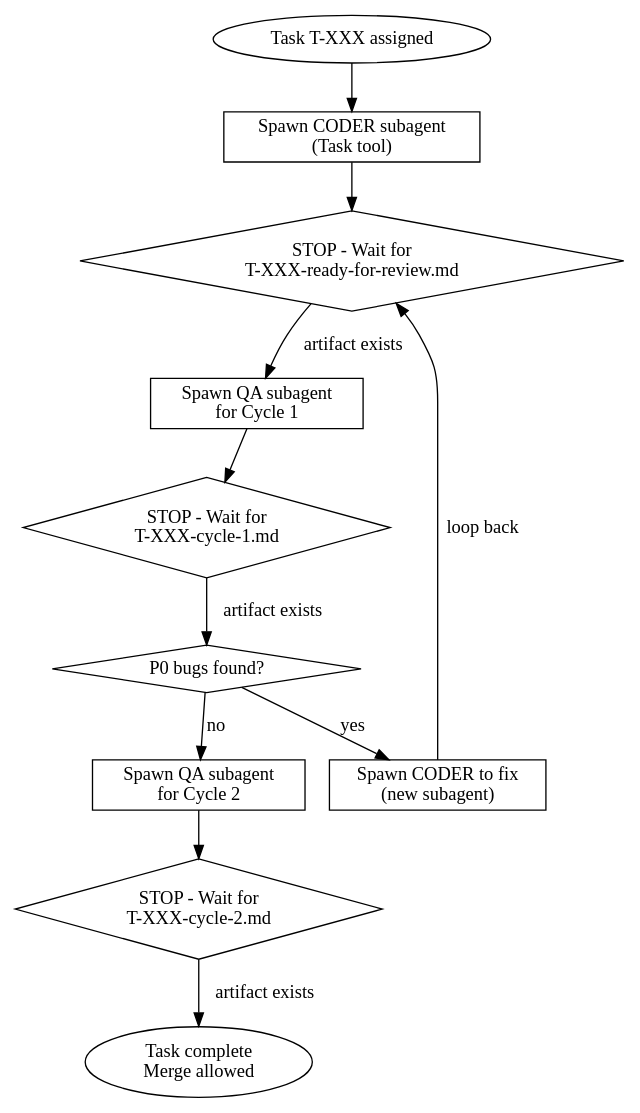
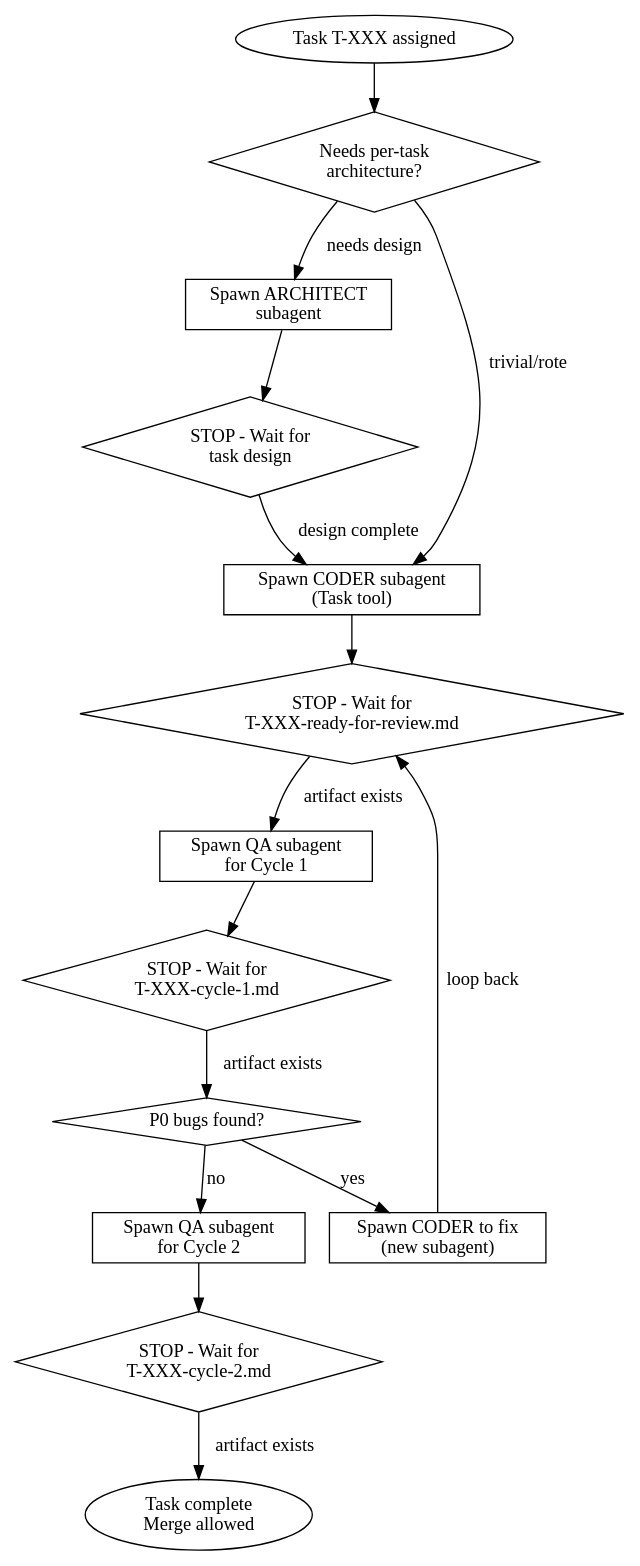
Before and after one commit to closetmusician/claude-setup: the diagram in skills/lead-orchestrator/SKILL.md, drawn with Graphviz. The commit also changed other lines of this file and 20 other files, not shown here.

First line of the commit message:
feat: add eng-planning skill and two-tier architect model

````diff
--- a/skills/lead-orchestrator/SKILL.md
+++ b/skills/lead-orchestrator/SKILL.md
@@ -341,27 +341,34 @@
 ```dot
 digraph orchestration {
     rankdir=TB;
 
     start [label="Task T-XXX assigned" shape=oval];
+    check_arch [label="Needs per-task\narchitecture?" shape=diamond];
+    spawn_arch [label="Spawn ARCHITECT\nsubagent" shape=box];
+    wait_arch [label="STOP - Wait for\ntask design" shape=diamond];
     spawn_coder [label="Spawn CODER subagent\n(Task tool)" shape=box];
     wait_coder [label="STOP - Wait for\nT-XXX-ready-for-review.md" shape=diamond];
     spawn_qa1 [label="Spawn QA subagent\nfor Cycle 1" shape=box];
     wait_qa1 [label="STOP - Wait for\nT-XXX-cycle-1.md" shape=diamond];
     check_p0 [label="P0 bugs found?" shape=diamond];
     spawn_fix [label="Spawn CODER to fix\n(new subagent)" shape=box];
     spawn_qa2 [label="Spawn QA subagent\nfor Cycle 2" shape=box];
     wait_qa2 [label="STOP - Wait for\nT-XXX-cycle-2.md" shape=diamond];
     complete [label="Task complete\nMerge allowed" shape=oval];
 
-    start -> spawn_coder;
+    start -> check_arch;
+    check_arch -> spawn_arch [label="needs design"];
+    check_arch -> spawn_coder [label="trivial/rote"];
+    spawn_arch -> wait_arch;
+    wait_arch -> spawn_coder [label="design complete"];
     spawn_coder -> wait_coder;
     wait_coder -> spawn_qa1 [label="artifact exists"];
     spawn_qa1 -> wait_qa1;
     wait_qa1 -> check_p0 [label="artifact exists"];
     check_p0 -> spawn_fix [label="yes"];
     check_p0 -> spawn_qa2 [label="no"];
     spawn_fix -> wait_coder [label="loop back"];
     spawn_qa2 -> wait_qa2;
     wait_qa2 -> complete [label="artifact exists"];
 }
 ```
````
